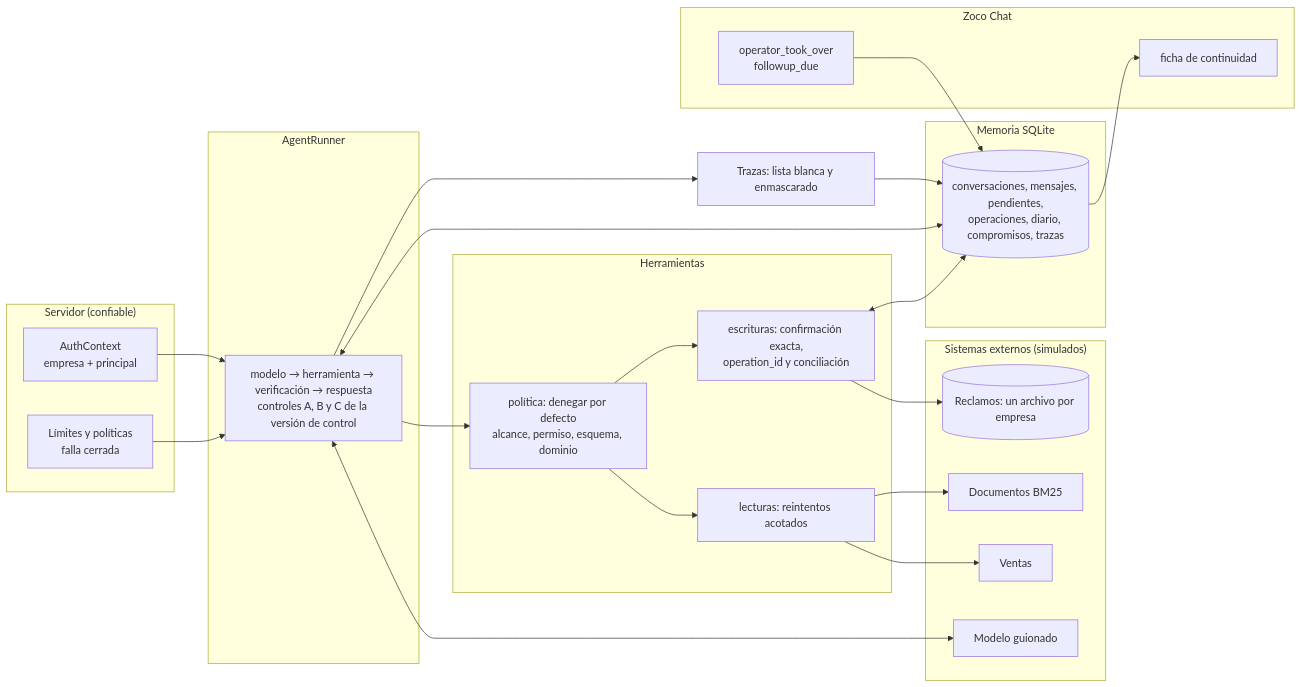
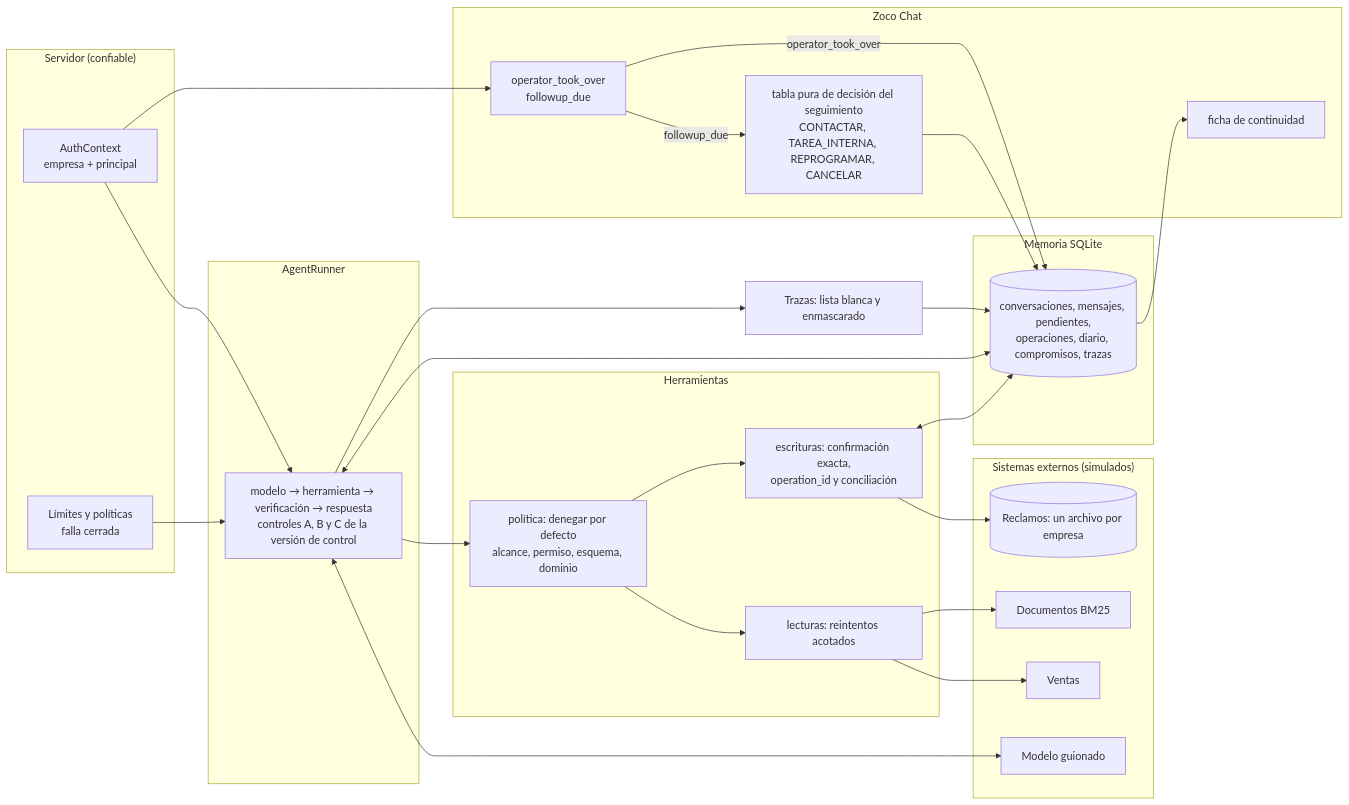
Before and after one commit to leanNunez/zoco-merchant-assistant: the diagram in README.md, drawn with Mermaid. The commit also changed other lines of this file and 3 other files, not shown here.

````diff
--- a/README.md
+++ b/README.md
@@ -51,45 +54,49 @@
 ```mermaid
 flowchart LR
     subgraph server["Servidor (confiable)"]
         AUTH["AuthContext<br/>empresa + principal"]
         CFG["Límites y políticas<br/>falla cerrada"]
     end
     subgraph runner["AgentRunner"]
         LOOP["modelo → herramienta → verificación → respuesta<br/>controles A, B y C de la versión de control"]
     end
     subgraph tools["Herramientas"]
         POL["política: denegar por defecto<br/>alcance, permiso, esquema, dominio"]
         WR["escrituras: confirmación exacta,<br/>operation_id y conciliación"]
         RD["lecturas: reintentos acotados"]
     end
     subgraph mem["Memoria SQLite"]
         DB[("conversaciones, mensajes, pendientes,<br/>operaciones, diario, compromisos, trazas")]
     end
     subgraph chat["Zoco Chat"]
         EV["operator_took_over<br/>followup_due"]
+        TABLE["tabla pura de decisión del seguimiento<br/>CONTACTAR, TAREA_INTERNA, REPROGRAMAR, CANCELAR"]
         CARD["ficha de continuidad"]
     end
     subgraph ext["Sistemas externos (simulados)"]
         LLM["Modelo guionado"]
         SALES["Ventas"]
         DOCS["Documentos BM25"]
         CLAIMS[("Reclamos: un archivo por empresa")]
     end
     OBS["Trazas: lista blanca y enmascarado"]
 
     AUTH --> LOOP
     CFG --> LOOP
     LOOP <--> LLM
     LOOP --> POL
     POL --> RD
     POL --> WR
     RD --> SALES
     RD --> DOCS
     WR --> CLAIMS
     LOOP <--> DB
     WR <--> DB
-    EV --> DB
+    AUTH --> EV
+    EV -->|followup_due| TABLE
+    TABLE --> DB
+    EV -->|operator_took_over| DB
     DB --> CARD
     LOOP --> OBS
     OBS --> DB
 ```
````
